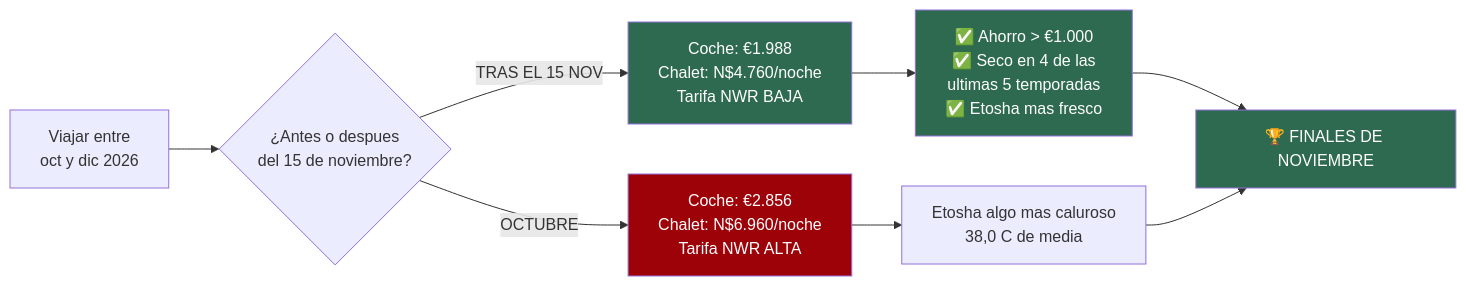
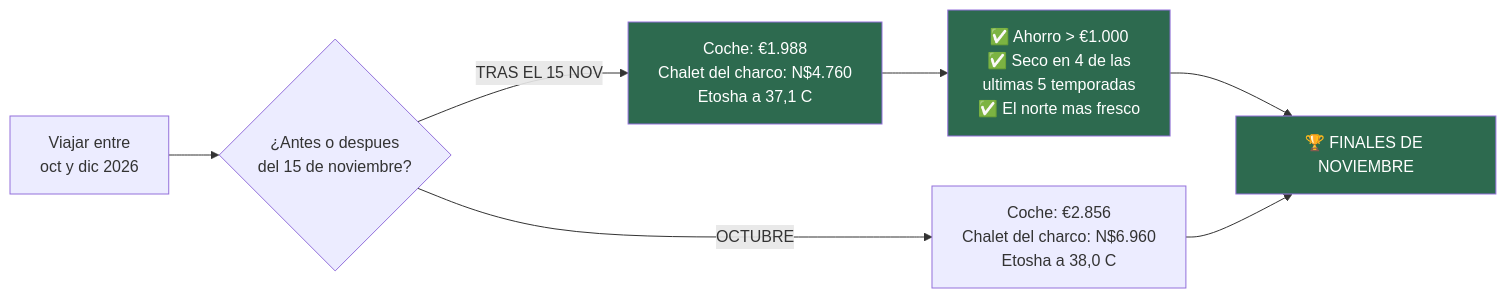
Before and after one commit to morandeirachema/namibia: the second of 9 diagrams in README.md, drawn with Mermaid. The commit also changed other lines of this file, not shown here.

````diff
--- a/README.md
+++ b/README.md
@@ -26,14 +87,12 @@
 ```mermaid
 flowchart LR
     A["Viajar entre<br/>oct y dic 2026"] --> B{"¿Antes o despues<br/>del 15 de noviembre?"}
-    B -->|"OCTUBRE"| C["Coche: €2.856<br/>Chalet: N$6.960/noche<br/>Tarifa NWR ALTA"]
-    B -->|"TRAS EL 15 NOV"| D["Coche: €1.988<br/>Chalet: N$4.760/noche<br/>Tarifa NWR BAJA"]
-    C --> E["Etosha algo mas caluroso<br/>38,0 C de media"]
-    D --> F["✅ Ahorro > €1.000<br/>✅ Seco en 4 de las<br/>ultimas 5 temporadas<br/>✅ Etosha mas fresco"]
+    B -->|"OCTUBRE"| C["Coche: €2.856<br/>Chalet del charco: N$6.960<br/>Etosha a 38,0 C"]
+    B -->|"TRAS EL 15 NOV"| D["Coche: €1.988<br/>Chalet del charco: N$4.760<br/>Etosha a 37,1 C"]
+    D --> F["✅ Ahorro > €1.000<br/>✅ Seco en 4 de las<br/>ultimas 5 temporadas<br/>✅ El norte mas fresco"]
     F --> G["🏆 FINALES DE NOVIEMBRE"]
-    E --> G
+    C --> G
     style D fill:#2d6a4f,color:#fff
     style F fill:#2d6a4f,color:#fff
     style G fill:#2d6a4f,color:#fff
-    style C fill:#9d0208,color:#fff
 ```
````
